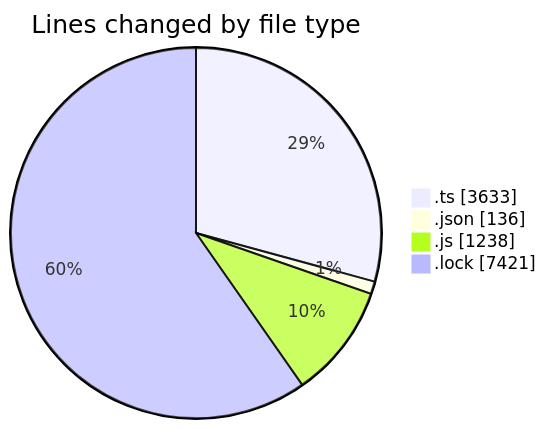
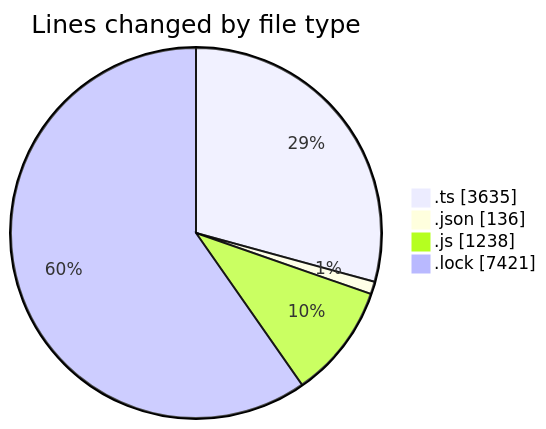
Before and after one commit to momahboobian/code-tracking: the first of 2 diagrams in 2025-07-30/cda/README.md, drawn with Mermaid. The commit also changed other lines of this file and 1 other file, not shown here.

````diff
--- a/2025-07-30/cda/README.md
+++ b/2025-07-30/cda/README.md
@@ -28,8 +28,8 @@
 ```mermaid
 pie showData
 title Lines changed by file type
-".ts" : 3633
+".ts" : 3635
 ".json" : 136
 ".js" : 1238
 ".lock" : 7421
 ```
````
